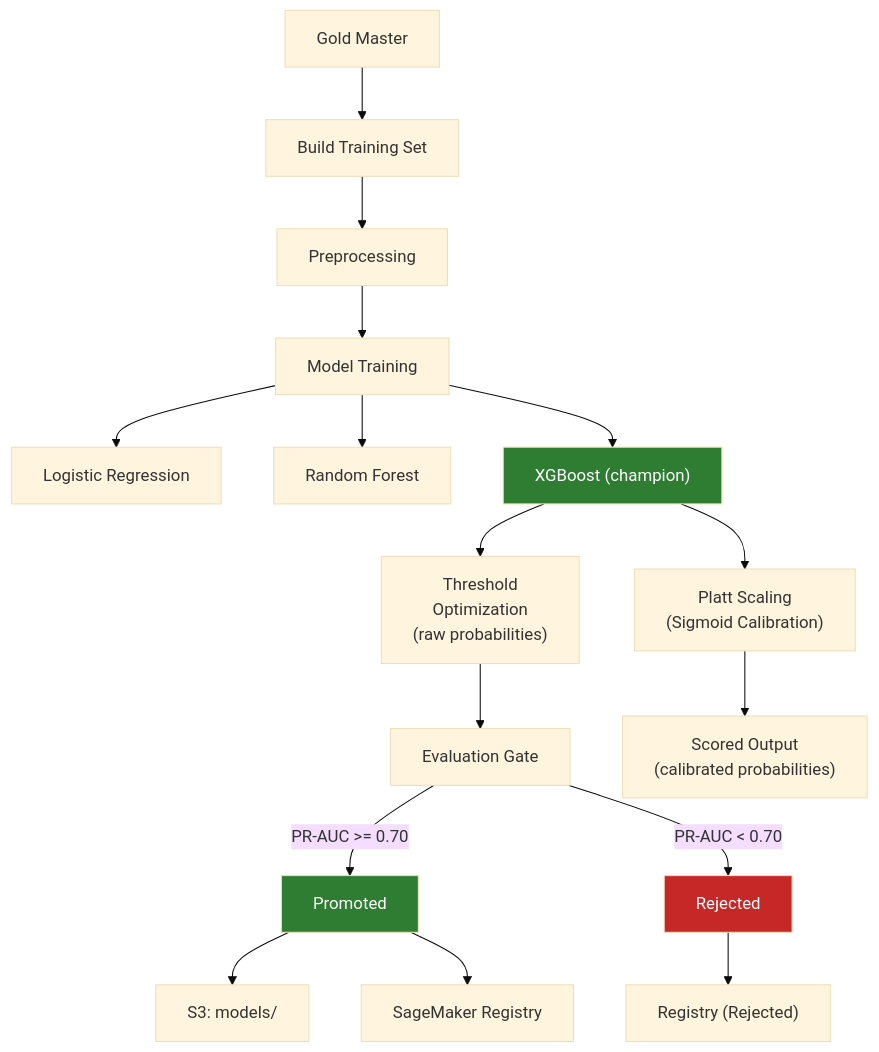
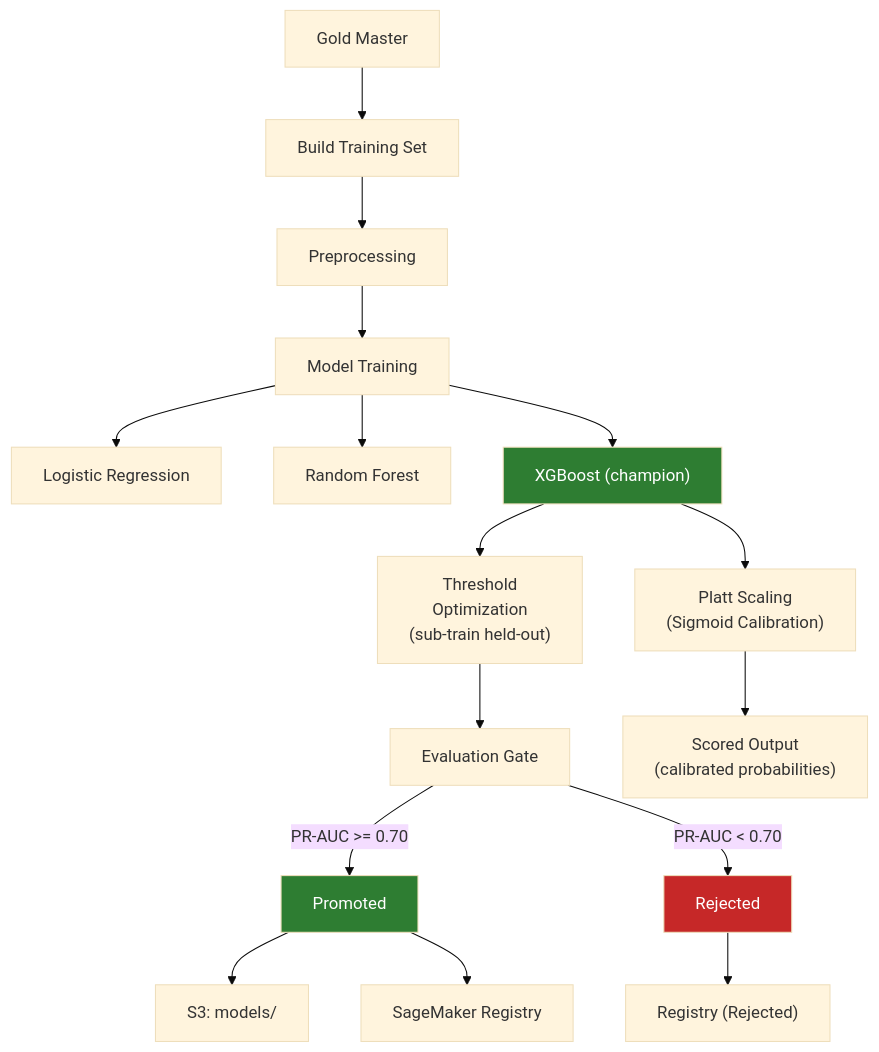
Before and after one commit to rawad-yared/bcgx-spanishgas-g1: the fourth of 8 diagrams in README.md, drawn with Mermaid (base theme). The commit also changed other lines of this file, not shown here.

First line of the commit message:
Update README to reflect sub-train threshold selection and latest metrics

````diff
--- a/README.md
+++ b/README.md
@@ -265,27 +265,27 @@
 ```mermaid
 graph TD
     GM["Gold Master"] --> BTS["Build Training Set"]
     BTS --> PP["Preprocessing"]
     PP --> TRAIN["Model Training"]
 
     TRAIN --> LR["Logistic Regression"]
     TRAIN --> RF["Random Forest"]
     TRAIN --> XGB["XGBoost (champion)"]
 
-    XGB --> THRESH["Threshold<br>Optimization<br>(raw probabilities)"]
+    XGB --> THRESH["Threshold<br>Optimization<br>(sub-train held-out)"]
     XGB --> PLATT["Platt Scaling<br>(Sigmoid Calibration)"]
     THRESH --> EVAL["Evaluation Gate"]
     PLATT --> SCORED_OUT["Scored Output<br>(calibrated probabilities)"]
 
     EVAL -->|"PR-AUC >= 0.70"| PASS["Promoted"]
     EVAL -->|"PR-AUC < 0.70"| FAIL["Rejected"]
 
     PASS --> S3_MODELS["S3: models/"]
     PASS --> SM_REG["SageMaker Registry"]
 
     FAIL --> SM_REJ["Registry (Rejected)"]
 
     style XGB fill:#2e7d32,color:#fff
     style PASS fill:#2e7d32,color:#fff
     style FAIL fill:#c62828,color:#fff
 ```
````
